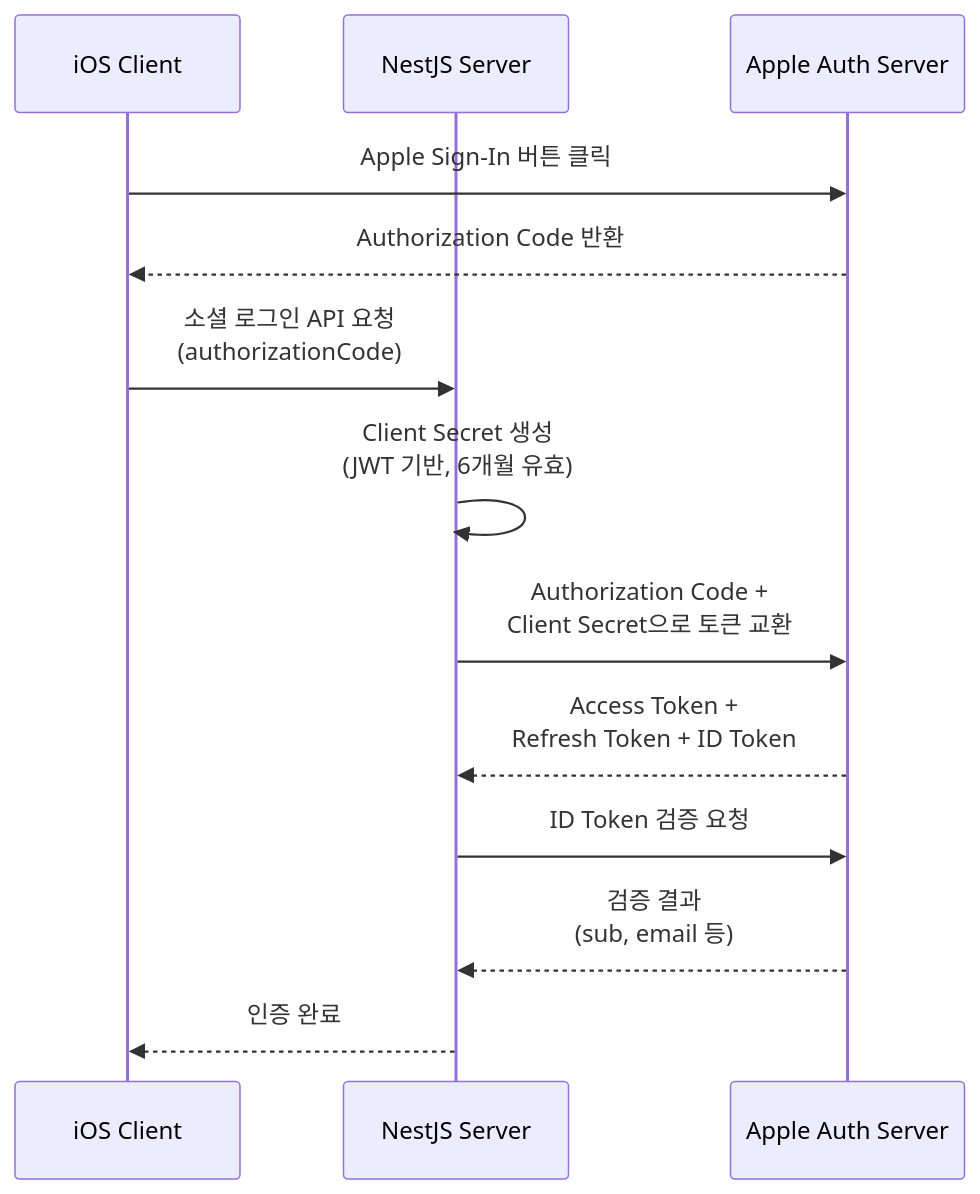
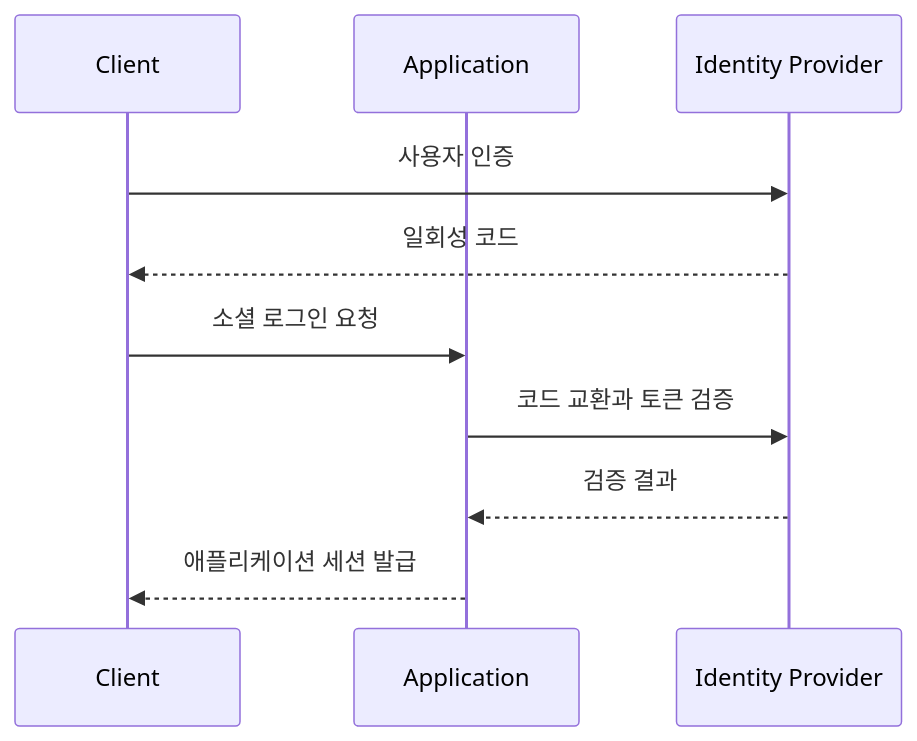
One commit to jiwon11/jiwon11.github.io changed the second of 7 diagrams in _posts/2023-03-01-charlie-backend-infrastructure.md. Above: the diagram before and after it, drawn with Mermaid. The commit also changed other lines of this file and 4 other files, not shown here.

````diff
--- a/_posts/2023-03-01-charlie-backend-infrastructure.md
+++ b/_posts/2023-03-01-charlie-backend-infrastructure.md
@@ -442,16 +88,13 @@
-```mermaid
+~~~mermaid
 sequenceDiagram
-    participant C as iOS Client
-    participant S as NestJS Server
-    participant A as Apple Auth Server
+    participant C as Client
+    participant S as Application
+    participant I as Identity Provider
 
-    C->>A: Apple Sign-In 버튼 클릭
-    A-->>C: Authorization Code 반환
-    C->>S: 소셜 로그인 API 요청<br/>(authorizationCode)
-    S->>S: Client Secret 생성<br/>(JWT 기반, 6개월 유효)
-    S->>A: Authorization Code +<br/>Client Secret으로 토큰 교환
-    A-->>S: Access Token +<br/>Refresh Token + ID Token
-    S->>A: ID Token 검증 요청
-    A-->>S: 검증 결과<br/>(sub, email 등)
-    S-->>C: 인증 완료
-```
+    C->>I: 사용자 인증
+    I-->>C: 일회성 코드
+    C->>S: 소셜 로그인 요청
+    S->>I: 코드 교환과 토큰 검증
+    I-->>S: 검증 결과
+    S-->>C: 애플리케이션 세션 발급
+~~~
````
